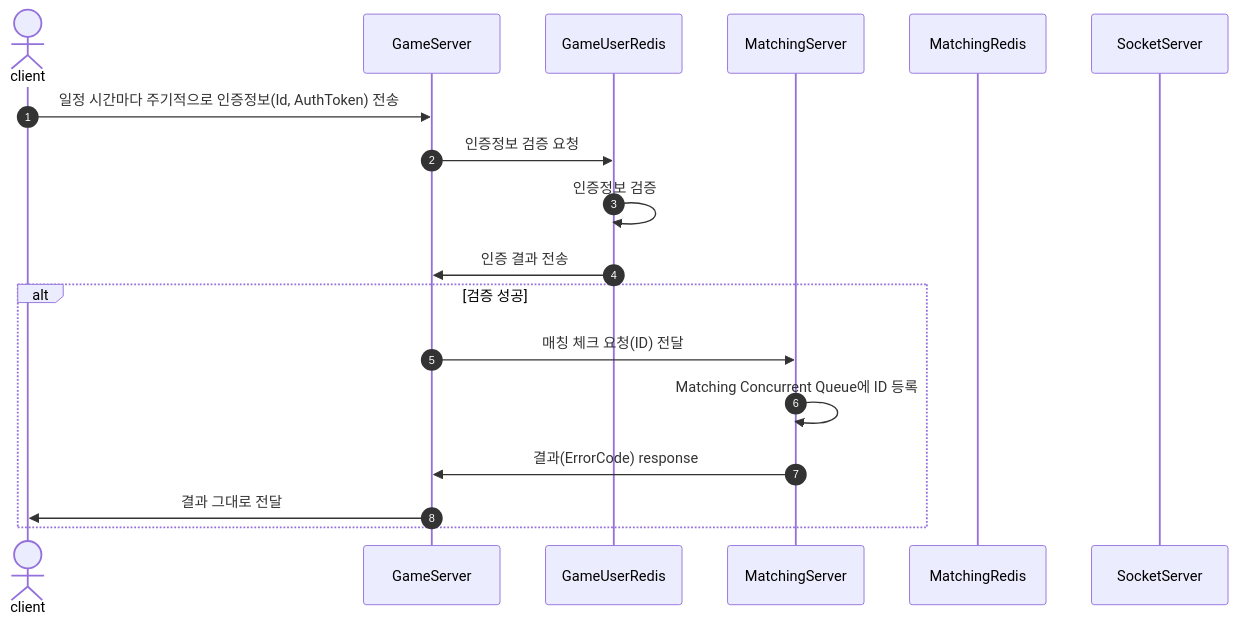
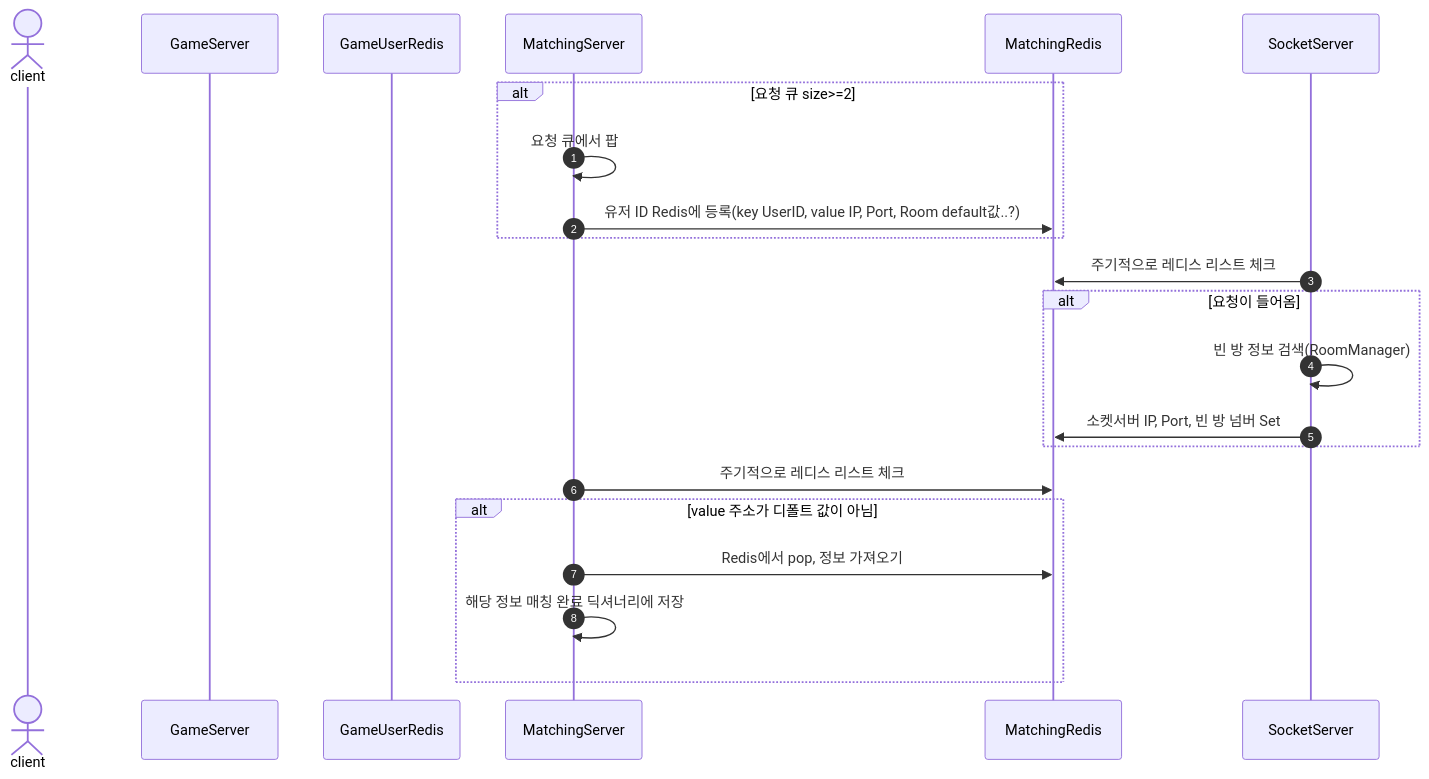
One commit to hhes0225/OmokServer changed the third of 3 diagrams in MatchingSequence.md. Above: the diagram before and after it, drawn with Mermaid.

````diff
--- a/MatchingSequence.md
+++ b/MatchingSequence.md
@@ -57,22 +57,28 @@
 ```mermaid
 sequenceDiagram
   autonumber
   actor A as client
   participant B as GameServer
   participant C as GameUserRedis
   participant D as MatchingServer
   participant E as MatchingRedis
   participant F as SocketServer
 
-  A->>B: 일정 시간마다 주기적으로 인증정보(Id, AuthToken) 전송
-  B->>C: 인증정보 검증 요청
-  C->>C: 인증정보 검증
-  C->>B: 인증 결과 전송
+  alt 요청 큐 size>=2
+    D->>D: 요청 큐에서 팝
+    D->>E: 유저 ID Redis에 등록(key UserID, value IP, Port, Room default값..?)
+  end
 
-  alt 검증 성공
-    B->>D: 매칭 체크 요청(ID) 전달
-    D->>D: Matching Concurrent Queue에 ID 등록
-    D->>B: 결과(ErrorCode) response
-    B->>A: 결과 그대로 전달
+  F->>E: 주기적으로 레디스 리스트 체크
+  alt 요청이 들어옴
+    F->>F: 빈 방 정보 검색(RoomManager)
+    F->>E: 소켓서버 IP, Port, 빈 방 넘버 Set
   end
+
+  D->>E: 주기적으로 레디스 리스트 체크
+  alt value 주소가 디폴트 값이 아님
+    D->>E: Redis에서 pop, 정보 가져오기
+    D->>D: 해당 정보 매칭 완료 딕셔너리에 저장
+  end
+
 ```
````
